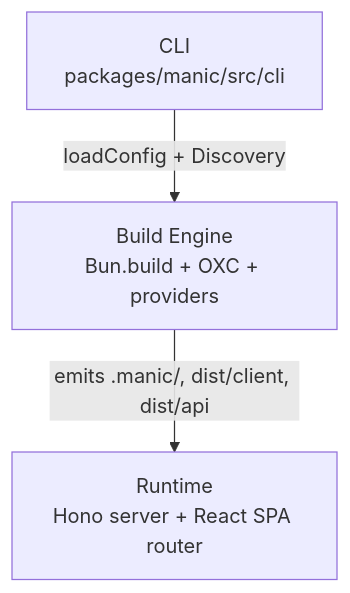
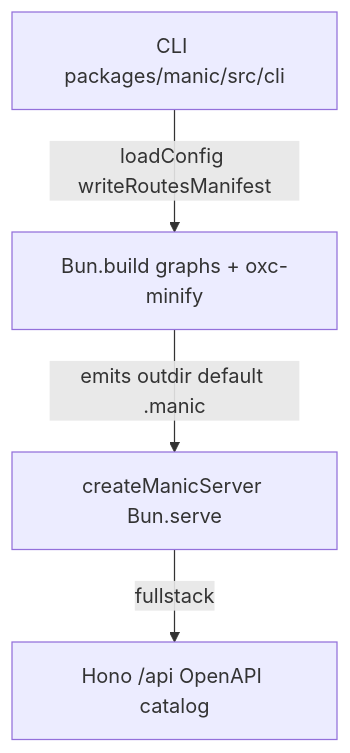
One commit to manic-js/docs changed the diagram in content/docs/core/index.mdx. Above: the diagram before and after it, drawn with Mermaid. The commit also changed other lines of this file and 93 other files, not shown here.

````diff
--- a/content/docs/core/index.mdx
+++ b/content/docs/core/index.mdx
@@ -14,5 +14,6 @@
 ```mermaid
 graph TD
-  CLI["CLI<br/>packages/manic/src/cli"] -->|loadConfig + Discovery| Build["Build Engine<br/>Bun.build + OXC + providers"]
-  Build -->|emits .manic/, dist/client, dist/api| Runtime["Runtime<br/>Hono server + React SPA router"]
+  CLI["CLI packages/manic/src/cli"] -->|loadConfig writeRoutesManifest| Build["Bun.build graphs + oxc-minify"]
+  Build -->|emits outdir default .manic| Runtime["createManicServer Bun.serve"]
+  Runtime -->|fullstack| Hono["Hono /api OpenAPI catalog"]
 ```
````
